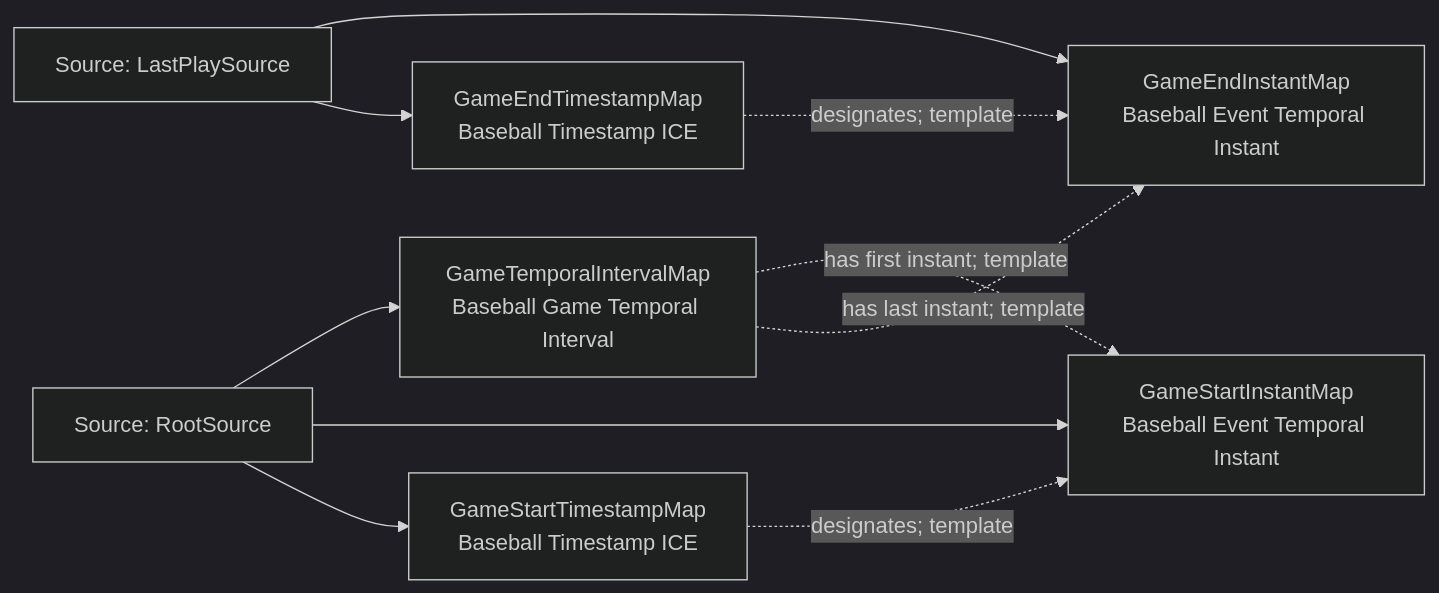
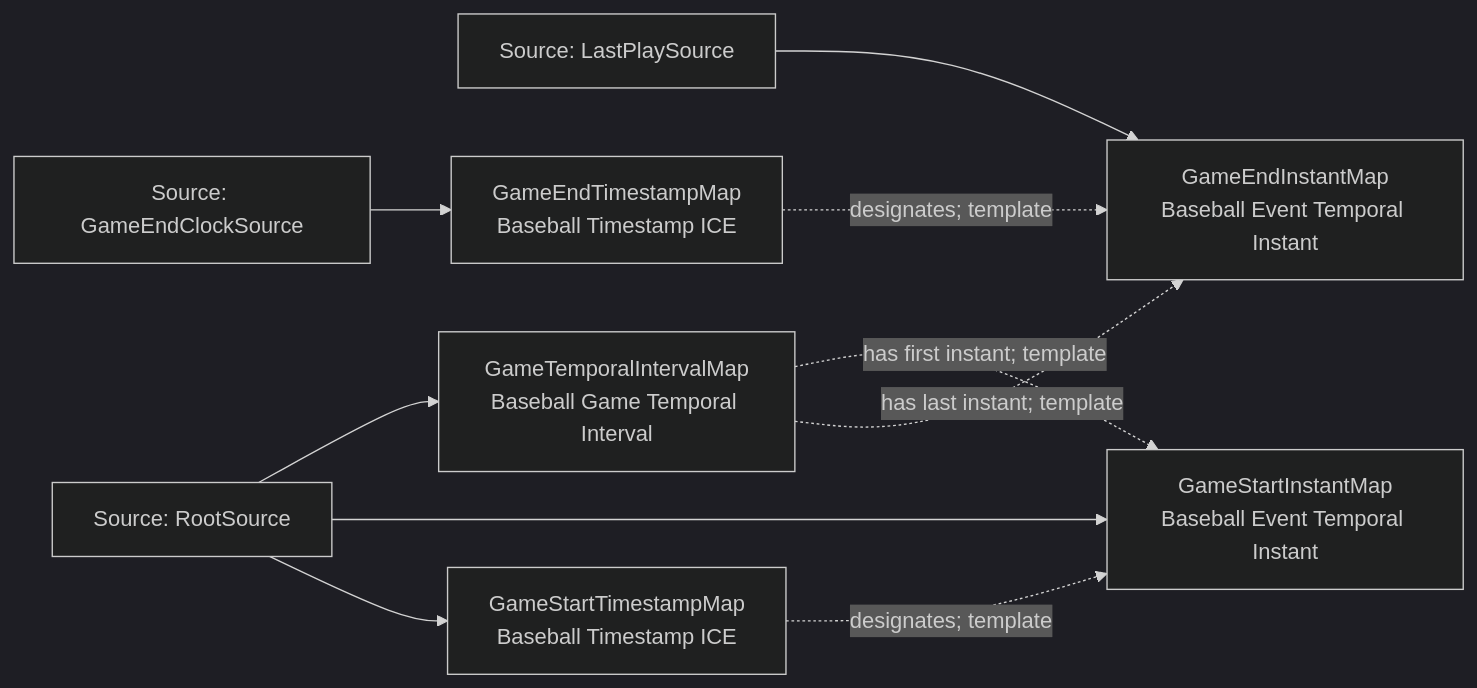
One commit to CarterBeauBenson/BaseballO changed the diagram in Baseball/mermaid/patterns/mlb-game/05-game-time.md. Above: the diagram before and after it, drawn with Mermaid (dark theme). The commit also changed other lines of this file and 162 other files, not shown here.

````diff
--- a/Baseball/mermaid/patterns/mlb-game/05-game-time.md
+++ b/Baseball/mermaid/patterns/mlb-game/05-game-time.md
@@ -10,19 +10,20 @@
 ```mermaid
 flowchart LR
-    S01["Source: LastPlaySource"]
-    S02["Source: RootSource"]
+    S01["Source: GameEndClockSource"]
+    S02["Source: LastPlaySource"]
+    S03["Source: RootSource"]
     M01["GameTemporalIntervalMap<br/>Baseball Game Temporal Interval"]
     M02["GameStartInstantMap<br/>Baseball Event Temporal Instant"]
     M03["GameStartTimestampMap<br/>Baseball Timestamp ICE"]
     M04["GameEndInstantMap<br/>Baseball Event Temporal Instant"]
     M05["GameEndTimestampMap<br/>Baseball Timestamp ICE"]
-    S02 --> M01
-    S02 --> M02
-    S02 --> M03
-    S01 --> M04
+    S03 --> M01
+    S03 --> M02
+    S03 --> M03
+    S02 --> M04
     S01 --> M05
     M01 -.->|has first instant; template| M02
     M01 -.->|has last instant; template| M04
     M03 -.->|designates; template| M02
     M05 -.->|designates; template| M04
 ```
````
